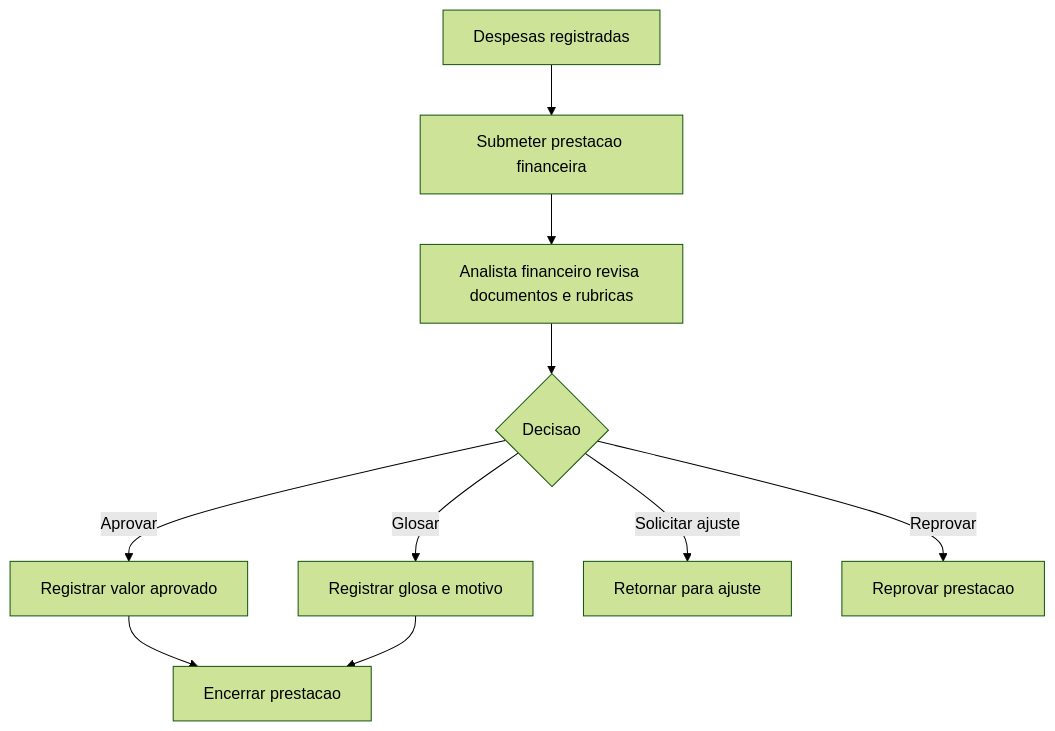
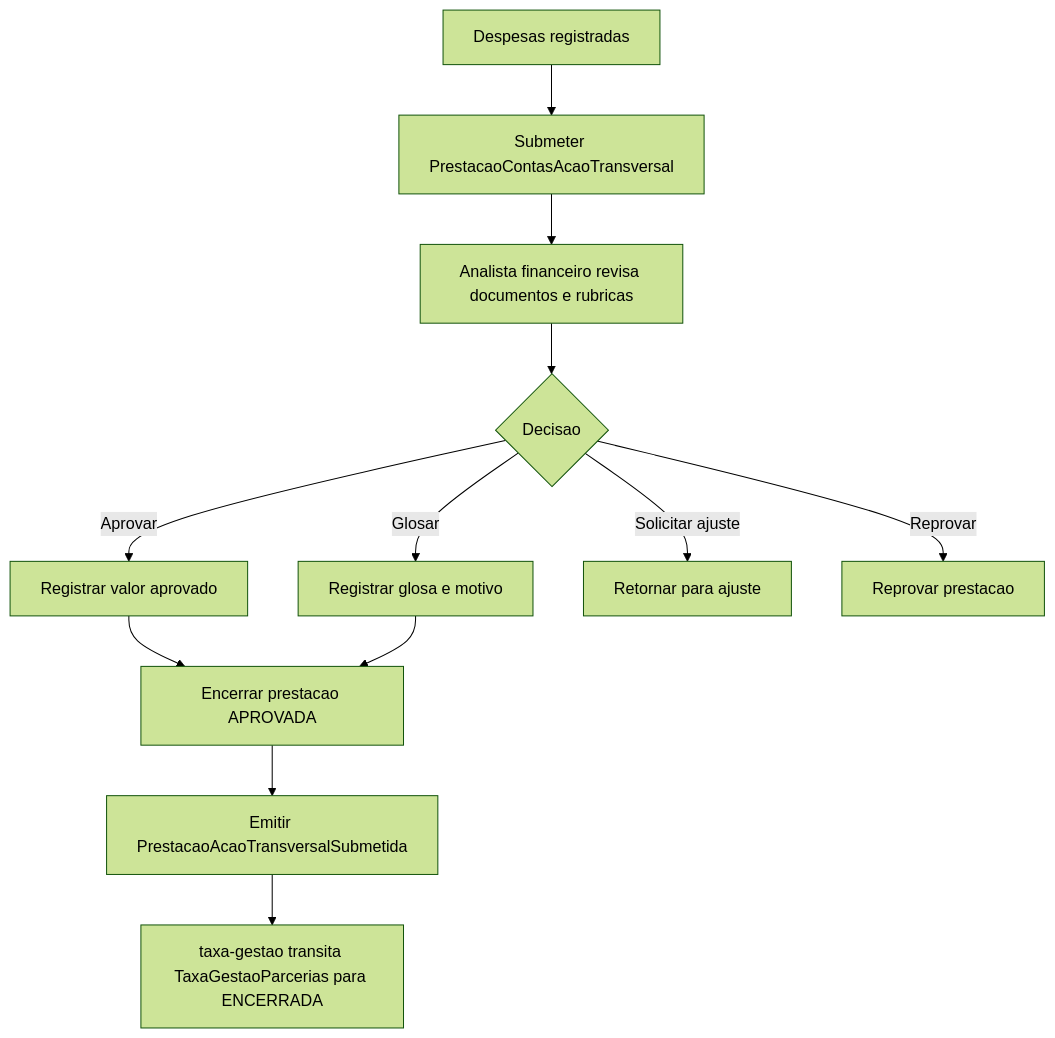
One commit to Czzped/conecta-fapes-teste changed the fourth of 4 diagrams in docs/implementation/modules/M016-contabilidade-financeiro/acao-transversal/processo.md. Above: the diagram before and after it, drawn with Mermaid (forest theme). The commit also changed other lines of this file and 38 other files, not shown here.

First line of the commit message:
refactor(M016): sincroniza taxa-gestao com M010 e simplifica TaxaGestaoParcerias

````diff
--- a/docs/implementation/modules/M016-contabilidade-financeiro/acao-transversal/processo.md
+++ b/docs/implementation/modules/M016-contabilidade-financeiro/acao-transversal/processo.md
@@ -86,12 +90,14 @@
 ```mermaid
 flowchart TD
-    A[Despesas registradas] --> B[Submeter prestacao financeira]
+    A[Despesas registradas] --> B[Submeter PrestacaoContasAcaoTransversal]
     B --> C[Analista financeiro revisa documentos e rubricas]
     C --> D{Decisao}
     D -- Aprovar --> E[Registrar valor aprovado]
     D -- Glosar --> F[Registrar glosa e motivo]
     D -- Solicitar ajuste --> G[Retornar para ajuste]
     D -- Reprovar --> H[Reprovar prestacao]
-    E --> I[Encerrar prestacao]
+    E --> I[Encerrar prestacao APROVADA]
     F --> I
+    I --> J[Emitir PrestacaoAcaoTransversalSubmetida]
+    J --> K[taxa-gestao transita TaxaGestaoParcerias para ENCERRADA]
 ```
````
